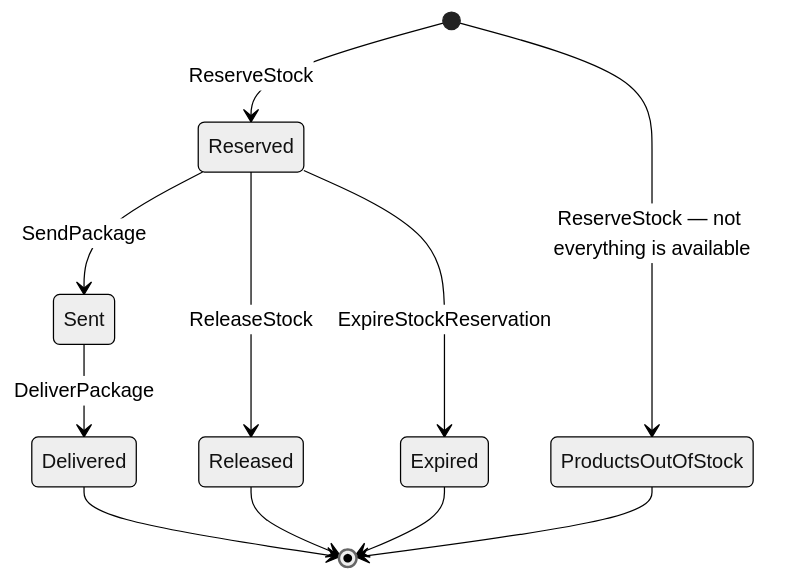
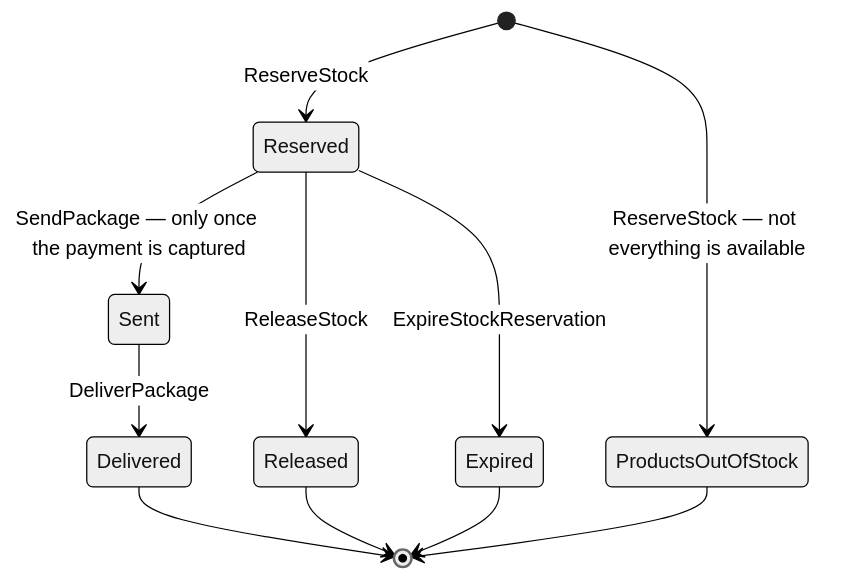
The second of 4 diagrams in samples/distributed-processes/README.md (oskardudycz/EventSourcing.JVM), drawn with Mermaid (neutral theme) before and after one commit. The commit also changed other lines of this file and 14 other files, not shown here.

````diff
--- a/samples/distributed-processes/README.md
+++ b/samples/distributed-processes/README.md
@@ -257,13 +257,13 @@
 ```mermaid
 stateDiagram-v2
     [*] --> Reserved: ReserveStock
     [*] --> ProductsOutOfStock: ReserveStock — not everything is available
-    Reserved --> Sent: SendPackage
+    Reserved --> Sent: SendPackage — only once the payment is captured
     Reserved --> Released: ReleaseStock
     Reserved --> Expired: ExpireStockReservation
     Sent --> Delivered: DeliverPackage
     Delivered --> [*]
     Released --> [*]
     Expired --> [*]
     ProductsOutOfStock --> [*]
 ```
````
